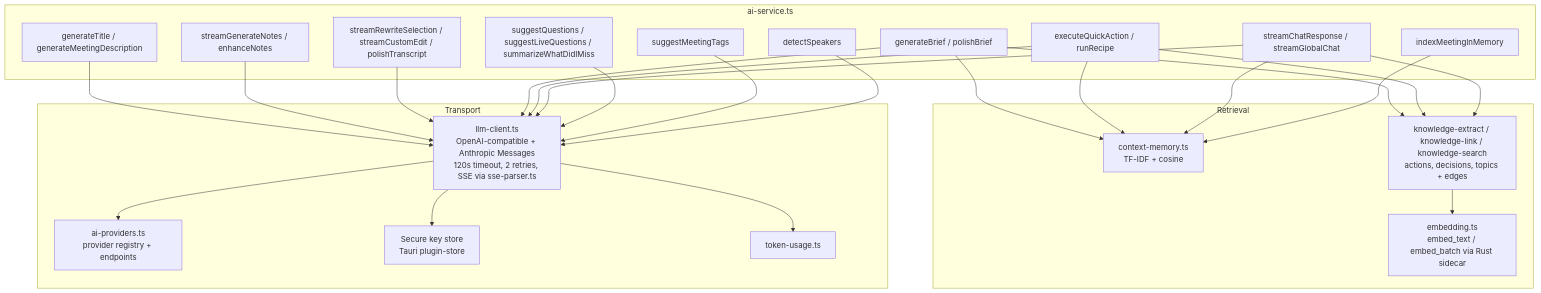
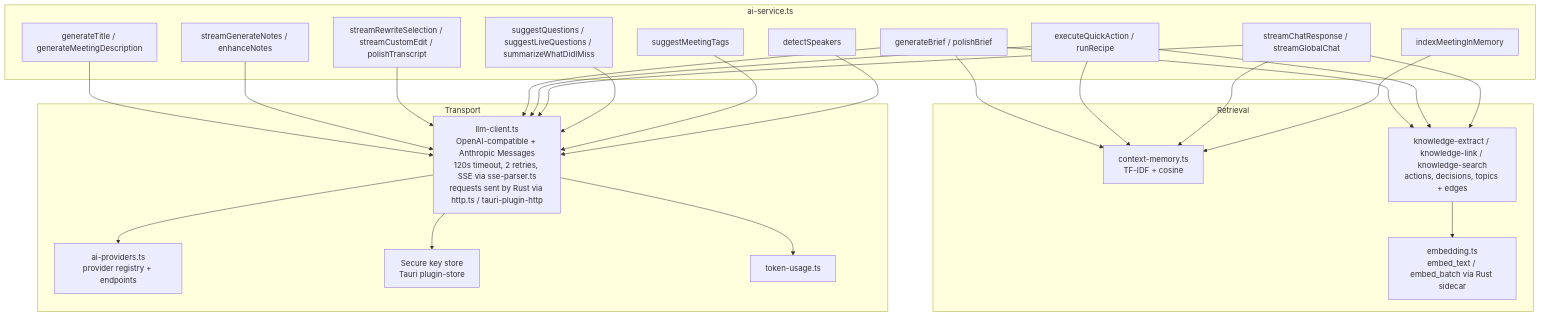
The fourth of 5 diagrams in docs/architecture.md (crstnmac/myna-notes), drawn with Mermaid before and after one commit. The commit also changed other lines of this file and 10 other files, not shown here.

First line of the commit message:
Send LLM and webhook requests through tauri-plugin-http

````diff
--- a/docs/architecture.md
+++ b/docs/architecture.md
@@ -152,34 +152,34 @@
 ```mermaid
 graph TB
     subgraph "ai-service.ts"
         TITLE[generateTitle / generateMeetingDescription]
         STREAMN[streamGenerateNotes / enhanceNotes]
         EDIT[streamRewriteSelection / streamCustomEdit / polishTranscript]
         BRIEF[generateBrief / polishBrief]
         QA[executeQuickAction / runRecipe]
         CHAT[streamChatResponse / streamGlobalChat]
         LIVE[suggestQuestions / suggestLiveQuestions / summarizeWhatDidIMiss]
         TAGS[suggestMeetingTags]
         SPK[detectSpeakers]
         IDX[indexMeetingInMemory]
     end
 
     subgraph "Retrieval"
         MEM[context-memory.ts<br/>TF-IDF + cosine]
         EMB[embedding.ts<br/>embed_text / embed_batch via Rust sidecar]
         KG[knowledge-extract / knowledge-link / knowledge-search<br/>actions, decisions, topics + edges]
     end
 
     subgraph "Transport"
-        LLMC[llm-client.ts<br/>OpenAI-compatible + Anthropic Messages<br/>120s timeout, 2 retries, SSE via sse-parser.ts]
+        LLMC[llm-client.ts<br/>OpenAI-compatible + Anthropic Messages<br/>120s timeout, 2 retries, SSE via sse-parser.ts<br/>requests sent by Rust via http.ts / tauri-plugin-http]
         PROV[ai-providers.ts<br/>provider registry + endpoints]
         KEY[Secure key store<br/>Tauri plugin-store]
         USAGE[token-usage.ts]
     end
 
     TITLE & STREAMN & EDIT & BRIEF & QA & CHAT & LIVE & TAGS & SPK --> LLMC
     BRIEF & QA & CHAT --> MEM & KG
     KG --> EMB
     IDX --> MEM
     LLMC --> PROV & KEY & USAGE
 ```
````
